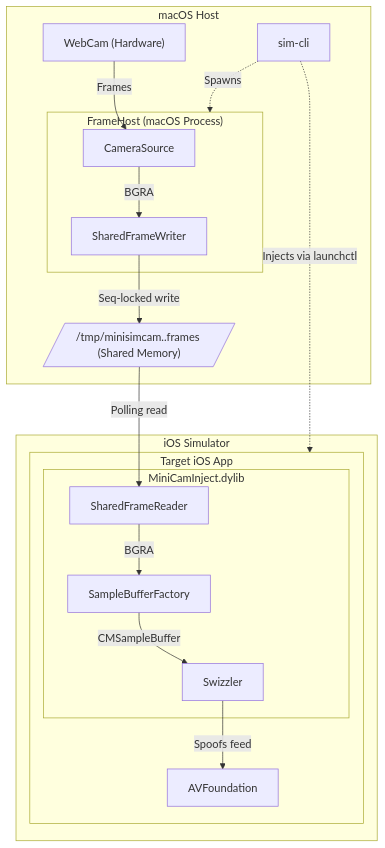
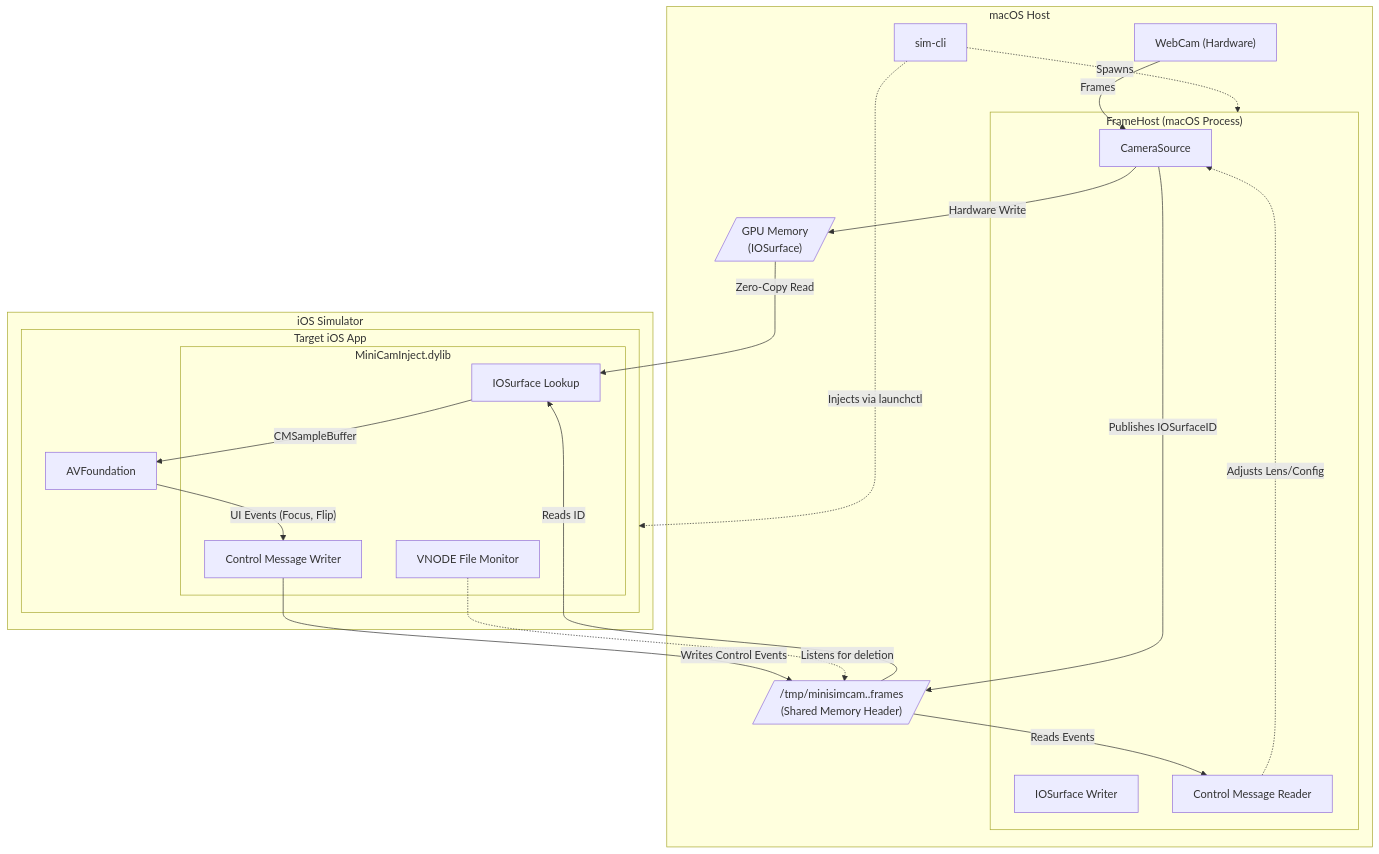
One commit to annurdien/sim-cli changed the first of 2 diagrams in docs/SIM_CAM_ARCHITECTURE.md. Above: the diagram before and after it, drawn with Mermaid. The commit also changed other lines of this file and 12 other files, not shown here.

Commit message:
feat: implement zero-copy frame injection using IOSurface and refactor SampleBufferFactory to remove pixel buffer pooling.

````diff
--- a/docs/SIM_CAM_ARCHITECTURE.md
+++ b/docs/SIM_CAM_ARCHITECTURE.md
@@ -11,36 +11,44 @@
 ```mermaid
 flowchart TD
     subgraph Host["macOS Host"]
         CLI["sim-cli"]
         WebCam["WebCam (Hardware)"]
         
         subgraph FrameHost["FrameHost (macOS Process)"]
             CameraSource["CameraSource"]
-            SharedFrameWriter["SharedFrameWriter"]
+            IOSurfaceWriter["IOSurface Writer"]
+            ControlReader["Control Message Reader"]
         end
         
-        SHM[/"/tmp/minisimcam.<udid>.frames (Shared Memory)"/]
+        SHM[/"/tmp/minisimcam.<udid>.frames<br>(Shared Memory Header)"/]
+        GPU[/"GPU Memory<br>(IOSurface)"/]
     end
 
     subgraph Sim["iOS Simulator"]
         subgraph App["Target iOS App"]
+            subgraph Injector["MiniCamInject.dylib"]
+                VNODE["VNODE File Monitor"]
+                IOSurfaceReader["IOSurface Lookup"]
+                ControlWriter["Control Message Writer"]
+            end
             AVFoundation["AVFoundation"]
-            
-            subgraph Injector["MiniCamInject.dylib"]
-                Swizzler["Swizzler"]
-                SharedFrameReader["SharedFrameReader"]
-                SampleBufferFactory["SampleBufferFactory"]
-            end
         end
     end
 
     CLI -. "Spawns" .-> FrameHost
     CLI -. "Injects via launchctl" .-> App
     WebCam -- "Frames" --> CameraSource
-    CameraSource -- "BGRA" --> SharedFrameWriter
-    SharedFrameWriter -- "Seq-locked write" --> SHM
-    SHM -- "Polling read" --> SharedFrameReader
-    SharedFrameReader -- "BGRA" --> SampleBufferFactory
-    SampleBufferFactory -- "CMSampleBuffer" --> Swizzler
-    Swizzler -- "Spoofs feed" --> AVFoundation
+    CameraSource -- "Hardware Write" --> GPU
+    CameraSource -- "Publishes IOSurfaceID" --> SHM
+    
+    SHM -- "Reads ID" --> IOSurfaceReader
+    GPU -- "Zero-Copy Read" --> IOSurfaceReader
+    IOSurfaceReader -- "CMSampleBuffer" --> AVFoundation
+    
+    AVFoundation -- "UI Events (Focus, Flip)" --> ControlWriter
+    ControlWriter -- "Writes Control Events" --> SHM
+    SHM -- "Reads Events" --> ControlReader
+    ControlReader -. "Adjusts Lens/Config" .-> CameraSource
+    
+    VNODE -. "Listens for deletion" .-> SHM
 ```
````
